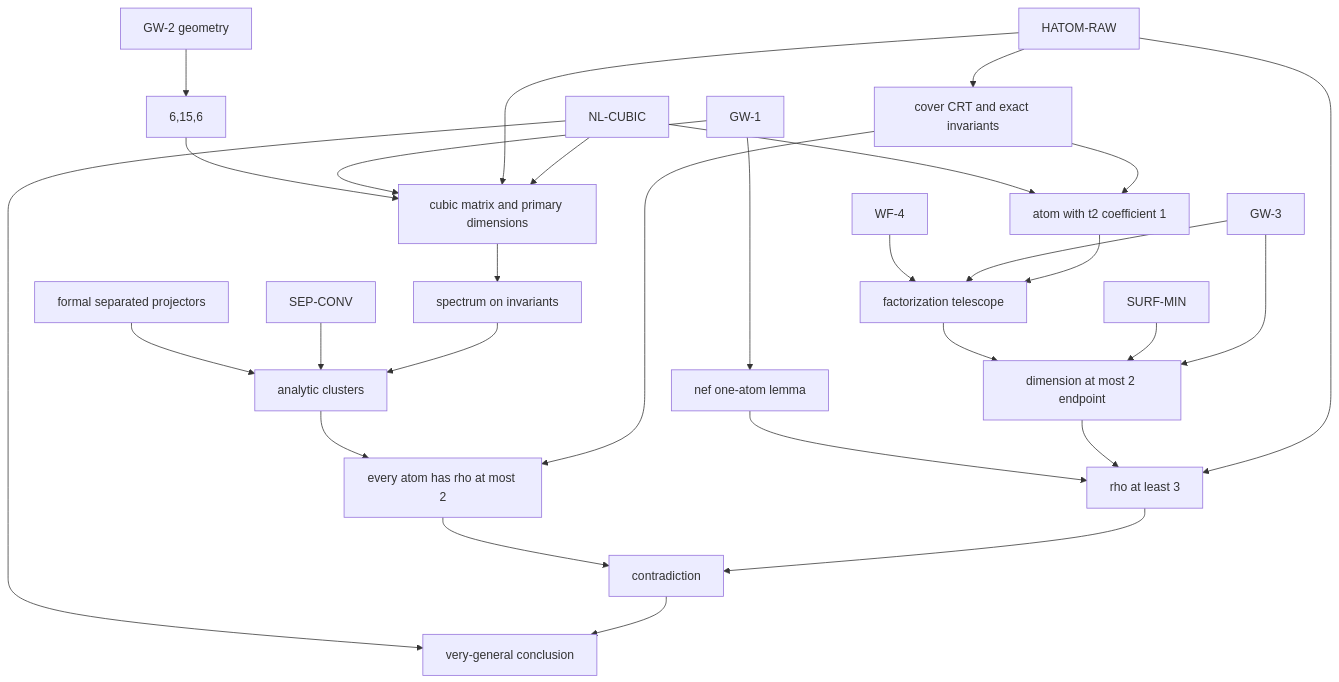
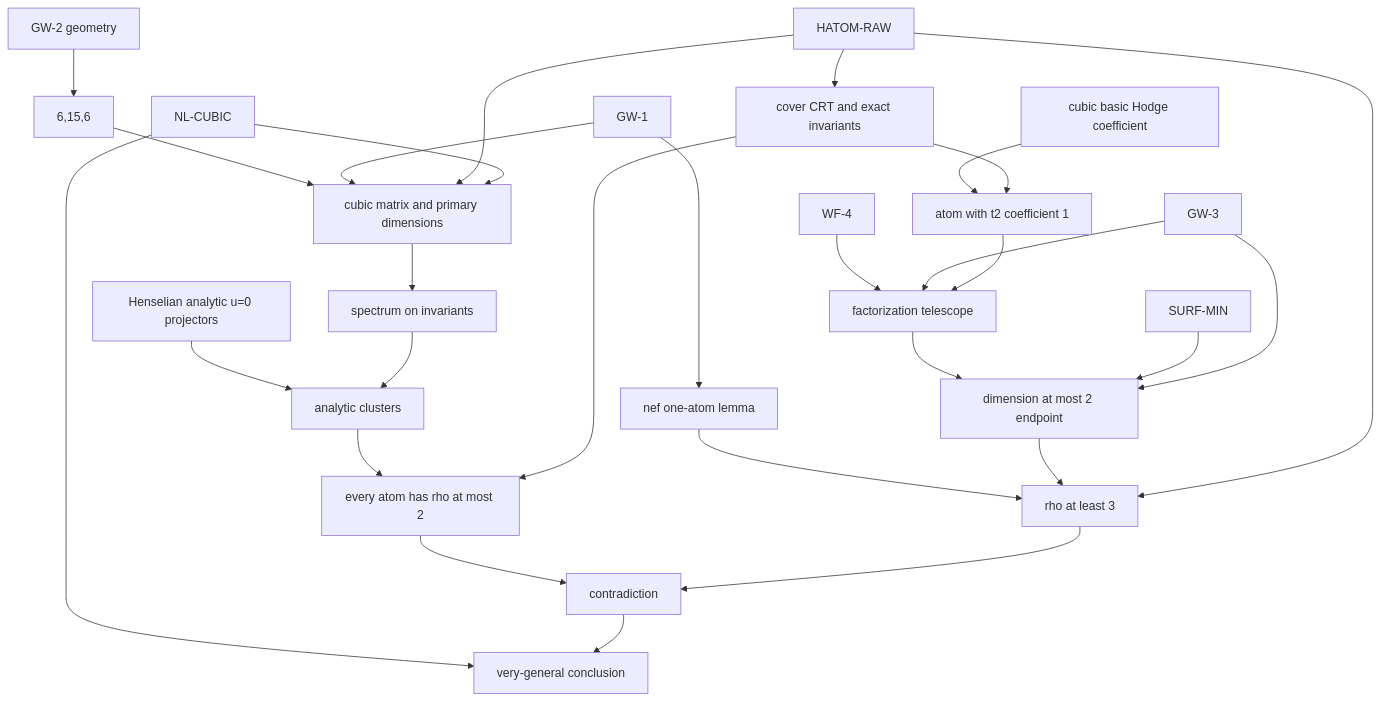
One commit to mattrobball/unirational changed the diagram in problems/G-cubic-fourfold-atoms/certificates/ATOM_CORE.md. Above: the diagram before and after it, drawn with Mermaid. The commit also changed other lines of this file and 6 other files, not shown here.

````diff
--- a/problems/G-cubic-fourfold-atoms/certificates/ATOM_CORE.md
+++ b/problems/G-cubic-fourfold-atoms/certificates/ATOM_CORE.md
@@ -939,31 +1145,30 @@
 ```mermaid
 flowchart TD
   G2[GW-2 geometry] --> B[6,15,6]
   B --> M[cubic matrix and primary dimensions]
   G1[GW-1] --> M
   HR[HATOM-RAW] --> M
   NL[NL-CUBIC] --> M
   M --> A2[spectrum on invariants]
-  FS[formal separated projectors] --> AC[analytic clusters]
-  SC[SEP-CONV] --> AC
+  HS[Henselian analytic u=0 projectors] --> AC[analytic clusters]
   HR --> CV[cover CRT and exact invariants]
   A2 --> AC
   AC --> UP[every atom has rho at most 2]
   CV --> UP
-  NL --> SEL[atom with t2 coefficient 1]
+  BH[cubic basic Hodge coefficient] --> SEL[atom with t2 coefficient 1]
   CV --> SEL
   WF[WF-4] --> TEL[factorization telescope]
   G3[GW-3] --> TEL
   SEL --> TEL
   TEL --> SURF[dimension at most 2 endpoint]
   SM[SURF-MIN] --> SURF
   G1 --> NEF[nef one-atom lemma]
   G3 --> SURF
   NEF --> LOW[rho at least 3]
   SURF --> LOW
   HR --> LOW
   UP --> CONTR[contradiction]
   LOW --> CONTR
   NL --> VG[very-general conclusion]
   CONTR --> VG
 ```
````
